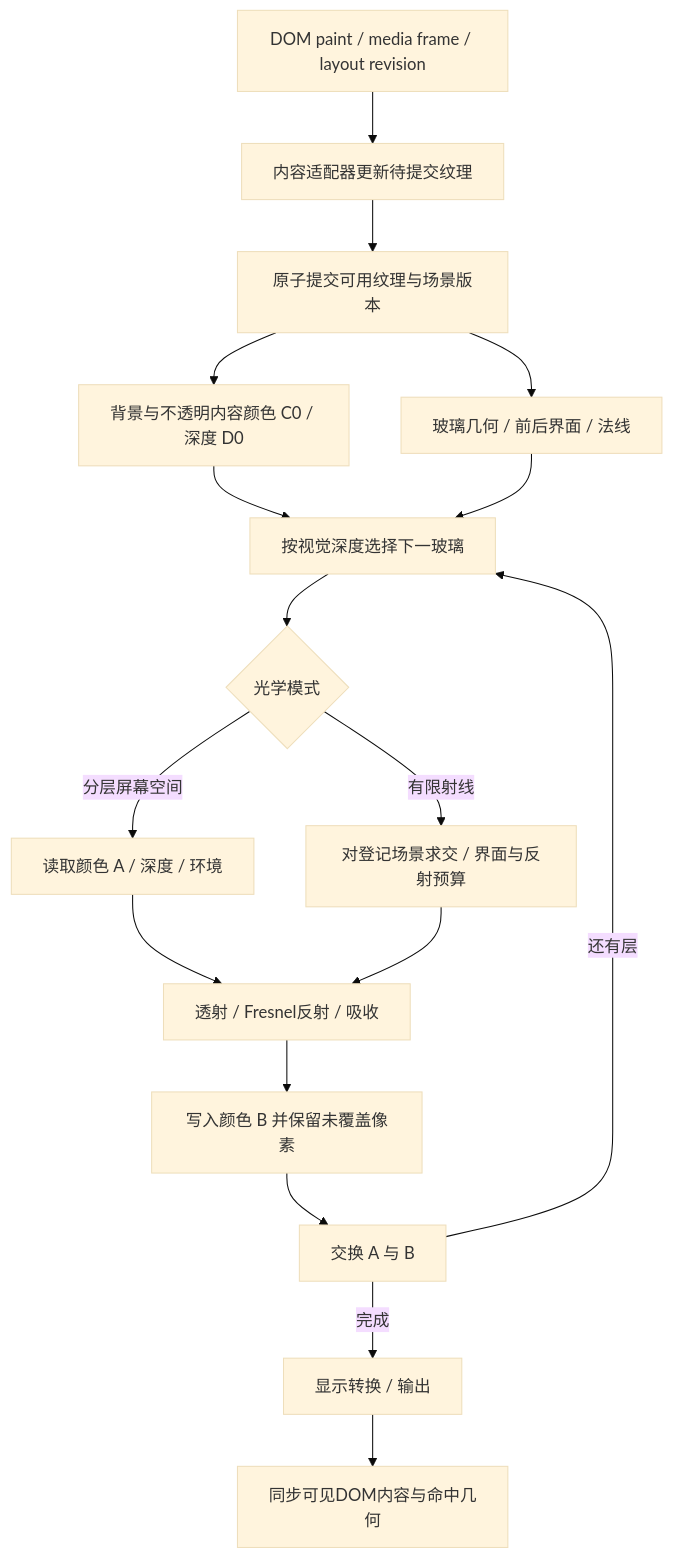
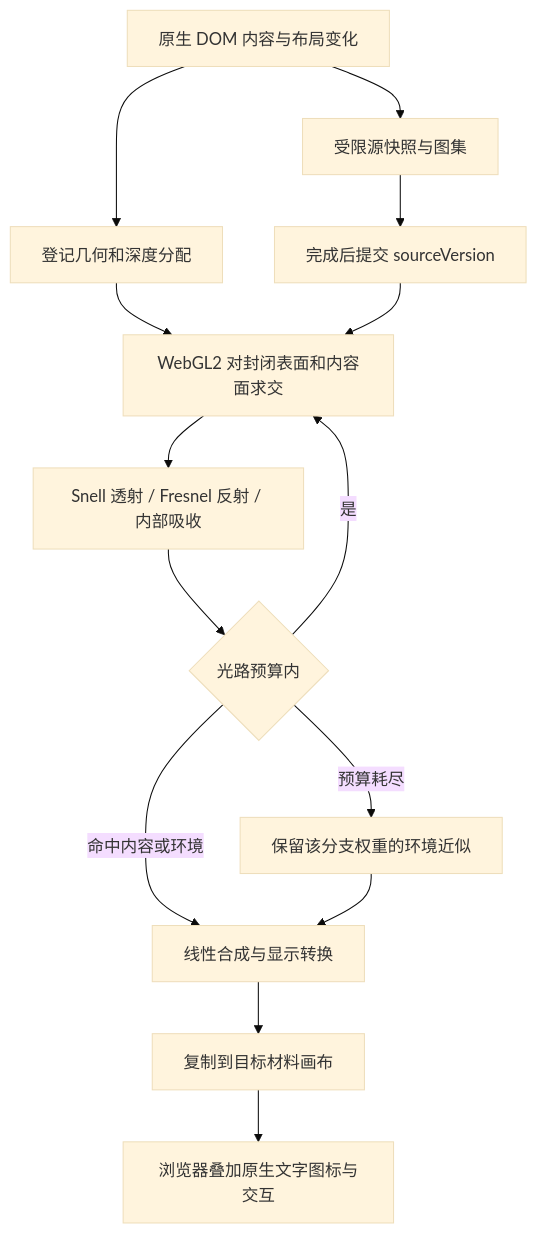
One commit to shiro123444/Qingzhou changed the diagram in docs/development/liquid-glass.md. Above: the diagram before and after it, drawn with Mermaid (base theme). The commit also changed other lines of this file and 29 other files, not shown here.

````diff
--- a/docs/development/liquid-glass.md
+++ b/docs/development/liquid-glass.md
@@ -192,19 +131,16 @@
 ```mermaid
 flowchart TD
-  A[DOM paint / media frame / layout revision] --> B[内容适配器更新待提交纹理]
-  B --> C[原子提交可用纹理与场景版本]
-  C --> D[背景与不透明内容颜色 C0 / 深度 D0]
-  C --> E[玻璃几何 / 前后界面 / 法线]
-  D --> F[按视觉深度选择下一玻璃]
-  E --> F
-  F --> G{光学模式}
-  G -->|分层屏幕空间| H[读取颜色 A / 深度 / 环境]
-  G -->|有限射线| I[对登记场景求交 / 界面与反射预算]
-  H --> J[透射 / Fresnel反射 / 吸收]
-  I --> J
-  J --> K[写入颜色 B 并保留未覆盖像素]
-  K --> L[交换 A 与 B]
-  L -->|还有层| F
-  L -->|完成| M[显示转换 / 输出]
-  M --> N[同步可见DOM内容与命中几何]
+  A[原生 DOM 内容与布局变化] --> B[受限源快照与图集]
+  A --> C[登记几何和深度分配]
+  B --> D[完成后提交 sourceVersion]
+  C --> E[WebGL2 对封闭表面和内容面求交]
+  D --> E
+  E --> F[Snell 透射 / Fresnel 反射 / 内部吸收]
+  F --> G{光路预算内}
+  G -->|是| E
+  G -->|命中内容或环境| H[线性合成与显示转换]
+  G -->|预算耗尽| I[保留该分支权重的环境近似]
+  I --> H
+  H --> J[复制到目标材料画布]
+  J --> K[浏览器叠加原生文字图标与交互]
 ```
````
